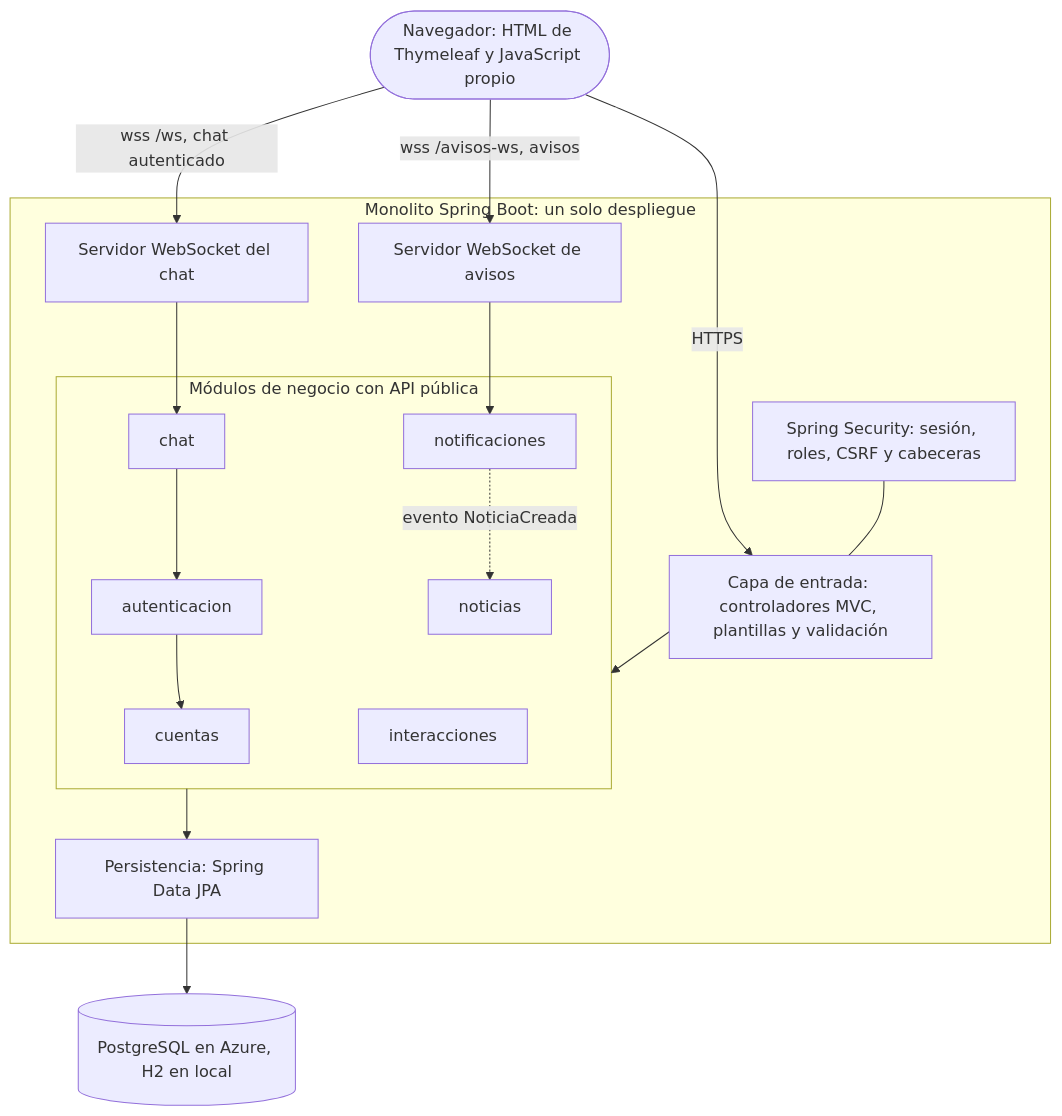
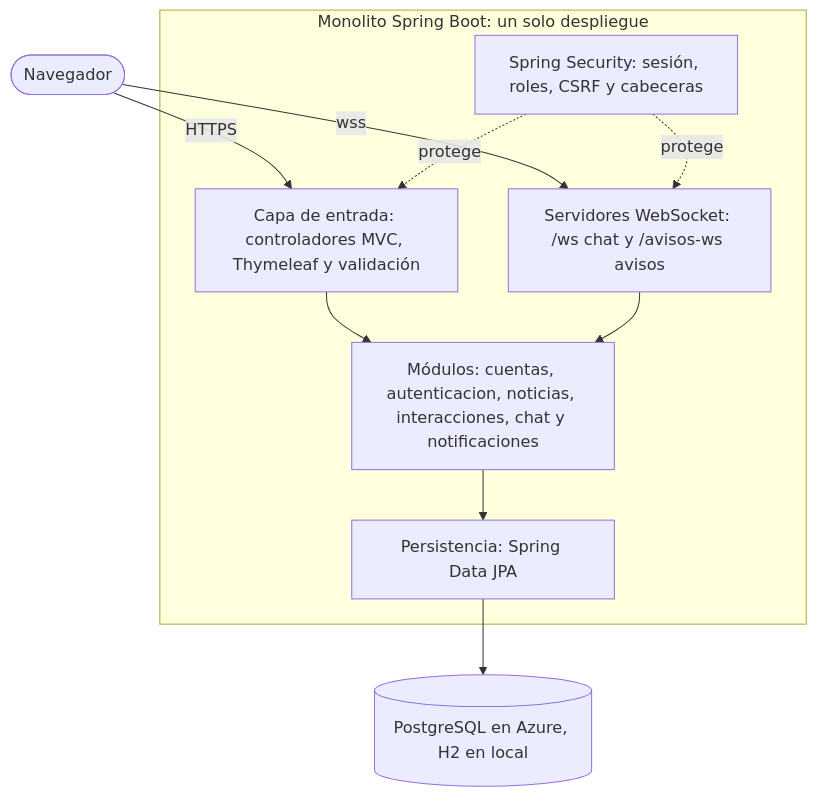
Before and after one commit to MaldonadoGabs/appWebAv2026B-periodismoSeguro: the second of 4 diagrams in docs/ENTREGA-BIMESTRE-1.md, drawn with Mermaid.

Commit message:
docs(readme): arquitectura del monolito mas simple y legible

````diff
--- a/docs/ENTREGA-BIMESTRE-1.md
+++ b/docs/ENTREGA-BIMESTRE-1.md
@@ -120,31 +120,20 @@
 ```mermaid
 flowchart TB
-  NAV([Navegador: HTML de Thymeleaf y JavaScript propio])
-  NAV -->|HTTPS| ENT
-  NAV -->|wss /ws, chat autenticado| WSC
-  NAV -->|wss /avisos-ws, avisos| WSA
+  NAV([Navegador])
   subgraph MONO[Monolito Spring Boot: un solo despliegue]
     SEG[Spring Security: sesión, roles, CSRF y cabeceras]
-    ENT[Capa de entrada: controladores MVC, plantillas y validación]
-    WSC[Servidor WebSocket del chat]
-    WSA[Servidor WebSocket de avisos]
-    subgraph MOD[Módulos de negocio con API pública]
-      CU[cuentas]
-      AU[autenticacion]
-      NO[noticias]
-      IN[interacciones]
-      CH[chat]
-      NT[notificaciones]
-    end
+    ENT[Capa de entrada: controladores MVC, Thymeleaf y validación]
+    WS[Servidores WebSocket: /ws chat y /avisos-ws avisos]
+    MOD[Módulos: cuentas, autenticacion, noticias, interacciones, chat y notificaciones]
     PER[Persistencia: Spring Data JPA]
   end
-  SEG --- ENT
+  DB[(PostgreSQL en Azure, H2 en local)]
+  NAV -->|HTTPS| ENT
+  NAV -->|wss| WS
+  SEG -.protege.-> ENT
+  SEG -.protege.-> WS
   ENT --> MOD
-  WSC --> CH
-  WSA --> NT
-  AU --> CU
-  CH --> AU
-  NT -.evento NoticiaCreada.-> NO
+  WS --> MOD
   MOD --> PER
-  PER --> DB[(PostgreSQL en Azure, H2 en local)]
+  PER --> DB
 ```
````
